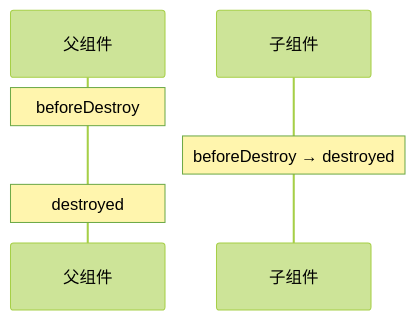
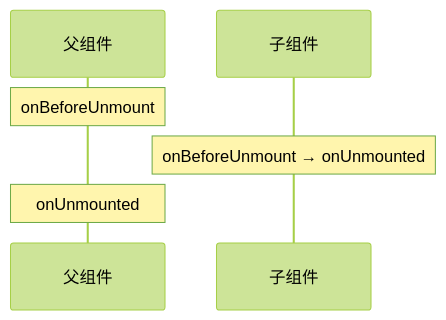
Diagram 22 of 46 in S2-框架深入/02-Vue3.md (KMaybe01/common), drawn with Mermaid (forest theme) before and after one commit. The commit also changed other lines of this file and 12 other files, not shown here.

````diff
--- a/S2-框架深入/02-Vue3.md
+++ b/S2-框架深入/02-Vue3.md
@@ -1344,9 +1344,9 @@
 ```mermaid
 sequenceDiagram
     participant Parent as 父组件
     participant Child as 子组件
 
-    Note over Parent: beforeDestroy
-    Note over Child: beforeDestroy → destroyed
-    Note over Parent: destroyed
+    Note over Parent: onBeforeUnmount
+    Note over Child: onBeforeUnmount → onUnmounted
+    Note over Parent: onUnmounted
 ```
````
